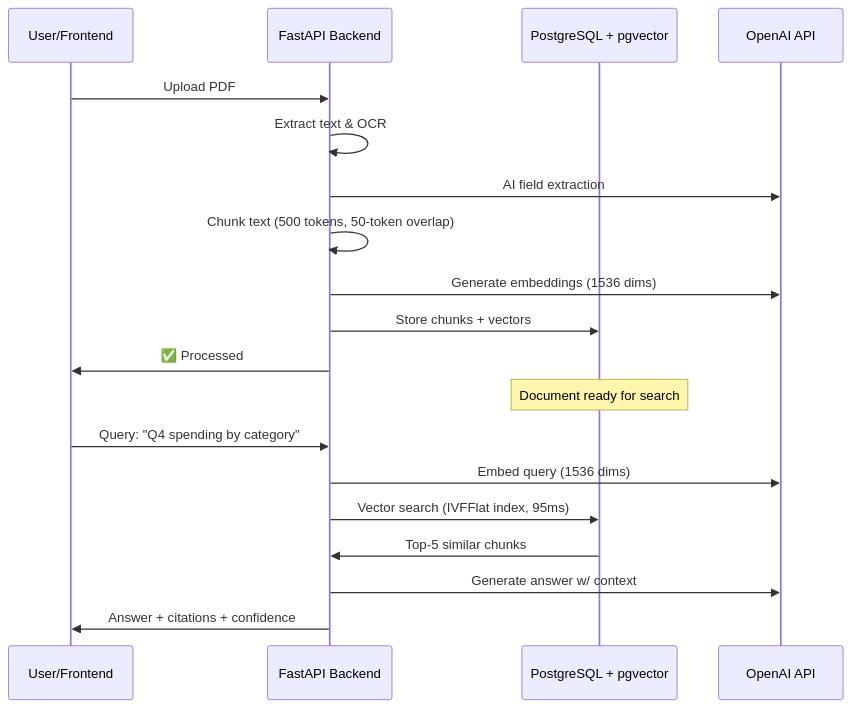
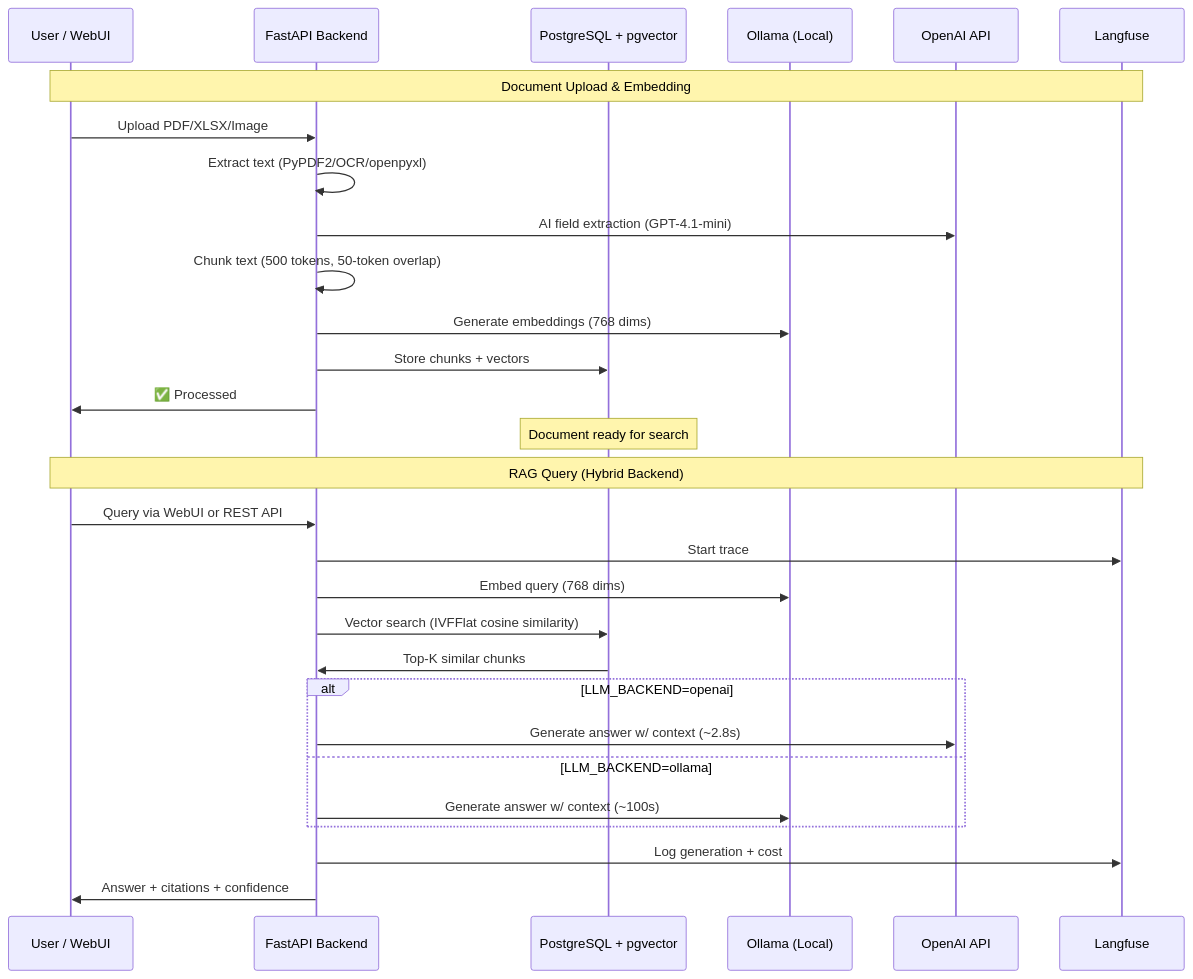
The second of 3 diagrams in README.md (Oleguzik/ngo-automation), drawn with Mermaid before and after one commit. The commit also changed other lines of this file and 4 other files, not shown here.

Commit message:
fix: readme file and tracking of WebUI connection errors to RAG

````diff
--- a/README.md
+++ b/README.md
@@ -152,24 +178,36 @@
 ```mermaid
 sequenceDiagram
-    participant User as User/Frontend
+    participant User as User / WebUI
     participant API as FastAPI Backend
-    participant Storage as PostgreSQL + pgvector
+    participant DB as PostgreSQL + pgvector
+    participant Ollama as Ollama (Local)
     participant OpenAI as OpenAI API
+    participant LF as Langfuse
     
-    User->>API: Upload PDF
-    API->>API: Extract text & OCR
-    API->>OpenAI: AI field extraction
+    Note over User,LF: Document Upload & Embedding
+    User->>API: Upload PDF/XLSX/Image
+    API->>API: Extract text (PyPDF2/OCR/openpyxl)
+    API->>OpenAI: AI field extraction (GPT-4.1-mini)
     API->>API: Chunk text (500 tokens, 50-token overlap)
-    API->>OpenAI: Generate embeddings (1536 dims)
-    API->>Storage: Store chunks + vectors
+    API->>Ollama: Generate embeddings (768 dims)
+    API->>DB: Store chunks + vectors
     API->>User: ✅ Processed
     
-    Note over Storage: Document ready for search
+    Note over DB: Document ready for search
     
-    User->>API: Query: "Q4 spending by category"
-    API->>OpenAI: Embed query (1536 dims)
-    API->>Storage: Vector search (IVFFlat index, 95ms)
-    Storage->>API: Top-5 similar chunks
-    API->>OpenAI: Generate answer w/ context
+    Note over User,LF: RAG Query (Hybrid Backend)
+    User->>API: Query via WebUI or REST API
+    API->>LF: Start trace
+    API->>Ollama: Embed query (768 dims)
+    API->>DB: Vector search (IVFFlat cosine similarity)
+    DB->>API: Top-K similar chunks
+    
+    alt LLM_BACKEND=openai
+        API->>OpenAI: Generate answer w/ context (~2.8s)
+    else LLM_BACKEND=ollama
+        API->>Ollama: Generate answer w/ context (~100s)
+    end
+    
+    API->>LF: Log generation + cost
     API->>User: Answer + citations + confidence
 ```
````
